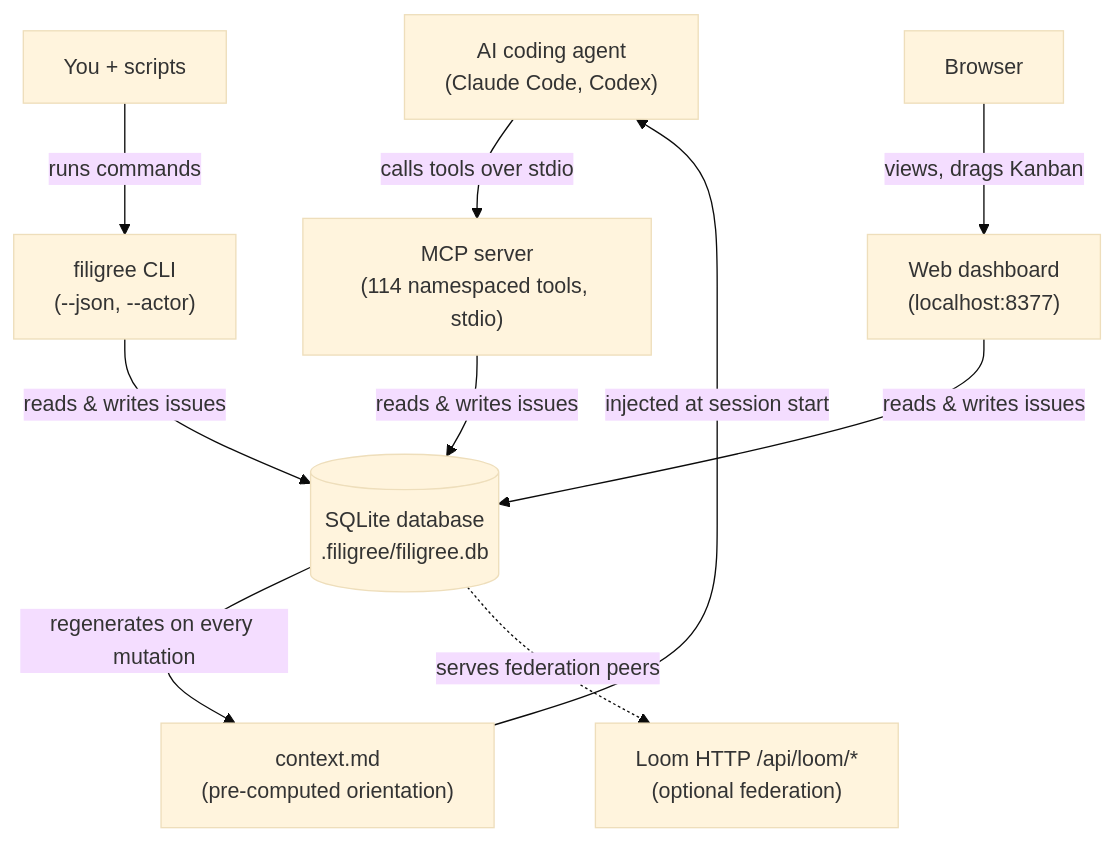
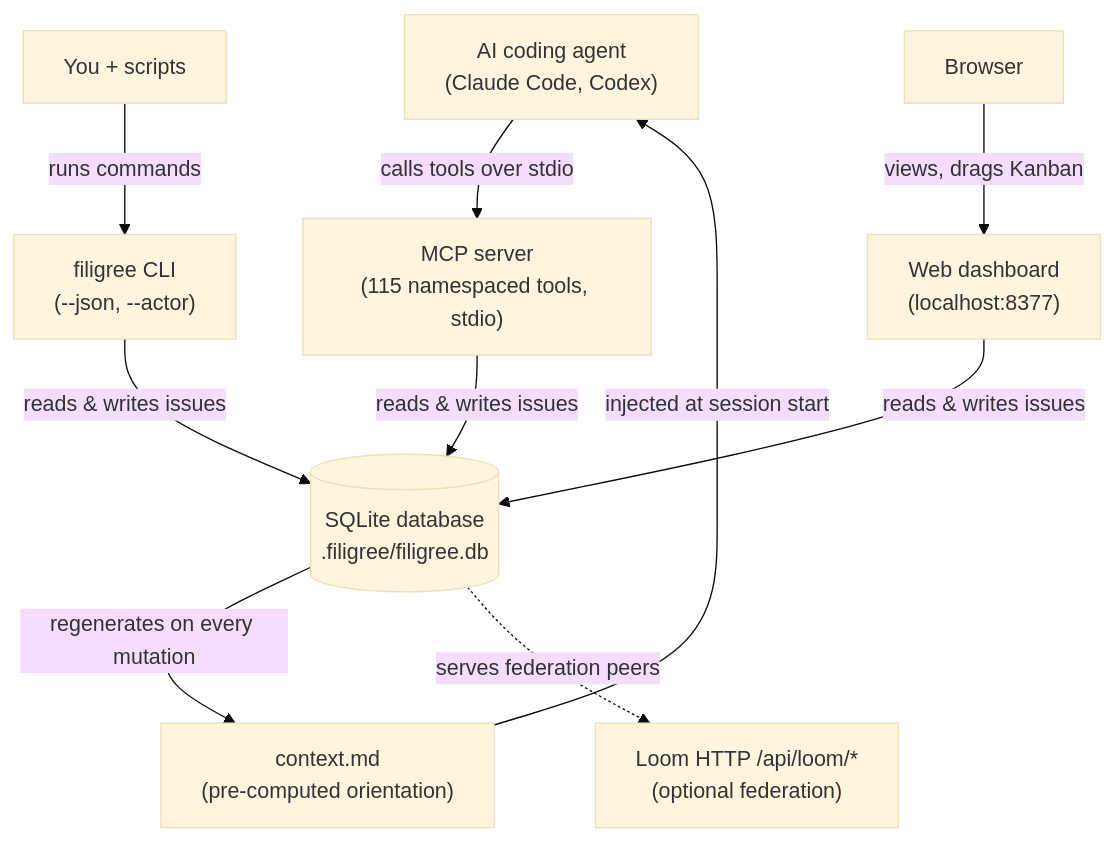
The first of 3 diagrams in README.md (foundryside-dev/filigree), drawn with Mermaid (base theme) before and after one commit. The commit also changed other lines of this file and 39 other files, not shown here.

````diff
--- a/README.md
+++ b/README.md
@@ -44,27 +44,27 @@
 ```mermaid
 flowchart TD
     Agent["AI coding agent<br/>(Claude Code, Codex)"]
     Human["You + scripts"]
     Browser["Browser"]
 
-    MCP["MCP server<br/>(114 namespaced tools, stdio)"]
+    MCP["MCP server<br/>(115 namespaced tools, stdio)"]
     CLI["filigree CLI<br/>(--json, --actor)"]
     Dash["Web dashboard<br/>(localhost:8377)"]
 
     DB[("SQLite database<br/>.filigree/filigree.db")]
     Ctx["context.md<br/>(pre-computed orientation)"]
     Loom["Loom HTTP /api/loom/*<br/>(optional federation)"]
 
     Agent -->|"calls tools over stdio"| MCP
     Human -->|"runs commands"| CLI
     Browser -->|"views, drags Kanban"| Dash
 
     MCP -->|"reads & writes issues"| DB
     CLI -->|"reads & writes issues"| DB
     Dash -->|"reads & writes issues"| DB
 
     DB -->|"regenerates on every mutation"| Ctx
     Ctx -->|"injected at session start"| Agent
 
     DB -.->|"serves federation peers"| Loom
 ```
````
